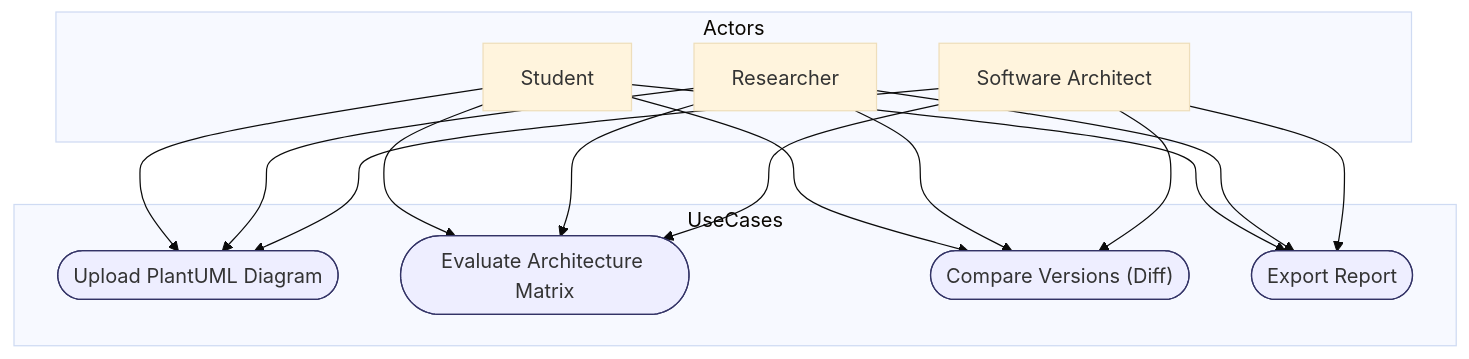
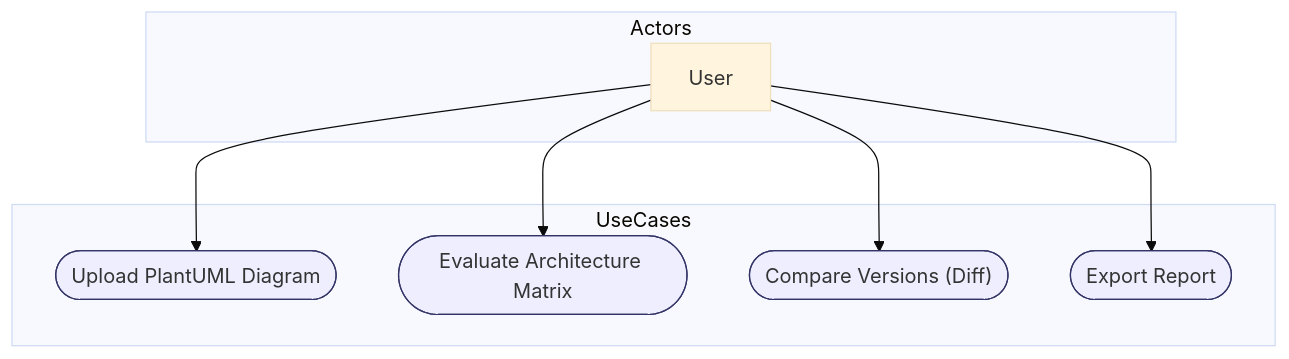
Before and after one commit to architecture-tools/add-evaluation-tool: the second of 6 diagrams in docs/architecture/architecture.md, drawn with Mermaid (base theme). The commit also changed other lines of this file and 1 other file, not shown here.

Commit message:
update architecture

````diff
--- a/docs/architecture/architecture.md
+++ b/docs/architecture/architecture.md
@@ -60,32 +58,20 @@
 ```mermaid
 flowchart TD
     subgraph Actors
-        Student["Student"]
-        Researcher["Researcher"]
-        Architect["Software Architect"]
+        User["User"]
     end
 
     subgraph UseCases
         UC1(["Upload PlantUML Diagram"]):::uc
         UC2(["Evaluate Architecture Matrix"]):::uc
         UC3(["Compare Versions (Diff)"]):::uc
         UC4(["Export Report"]):::uc
     end
 
     classDef uc fill:#eef,stroke:#336,stroke-width:1px
 
-    Student --> UC1
-    Student --> UC2
-    Student --> UC3
-    Student --> UC4
-
-    Researcher --> UC1
-    Researcher --> UC2
-    Researcher --> UC3
-    Researcher --> UC4
-
-    Architect --> UC1
-    Architect --> UC2
-    Architect --> UC3
-    Architect --> UC4
+    User --> UC1
+    User --> UC2
+    User --> UC3
+    User --> UC4
 ```
````
